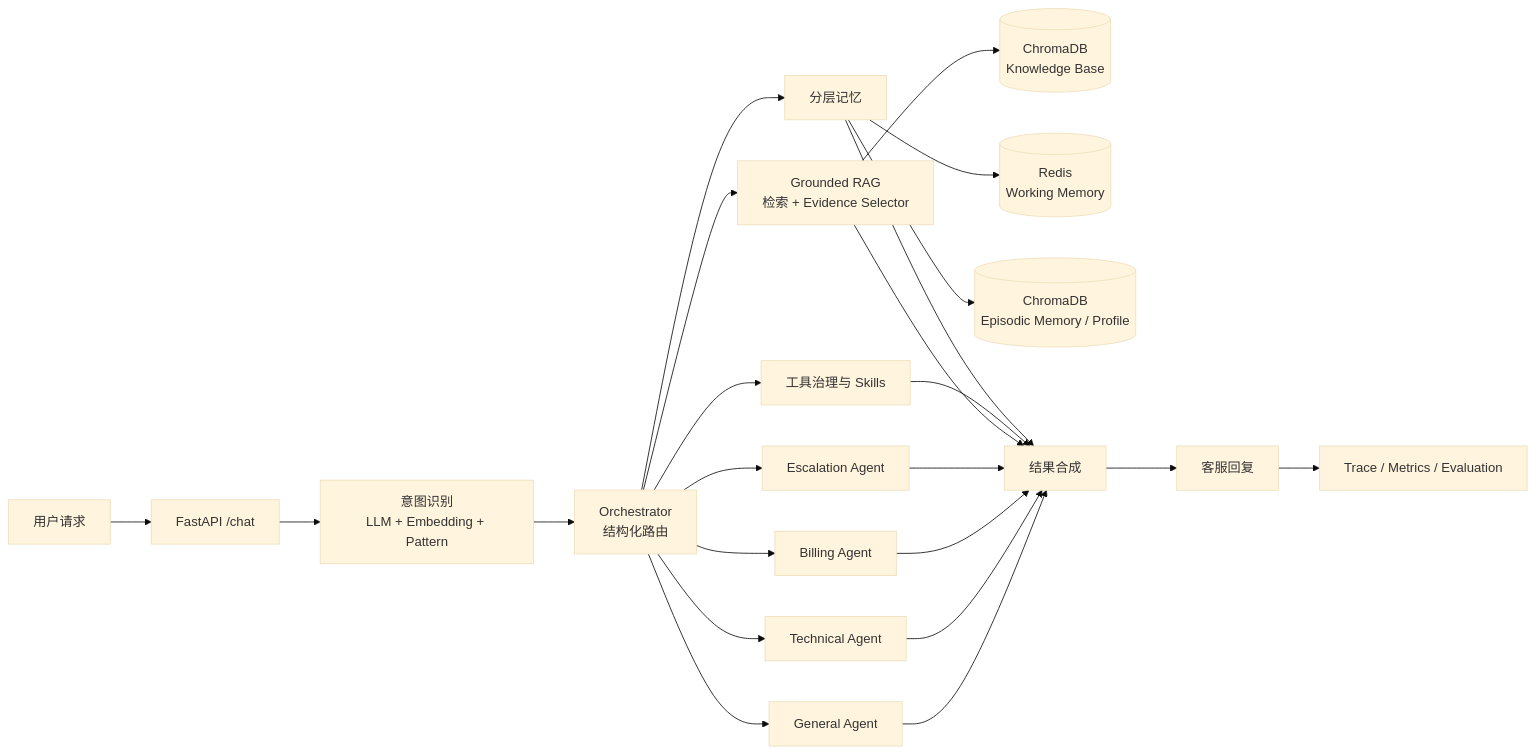
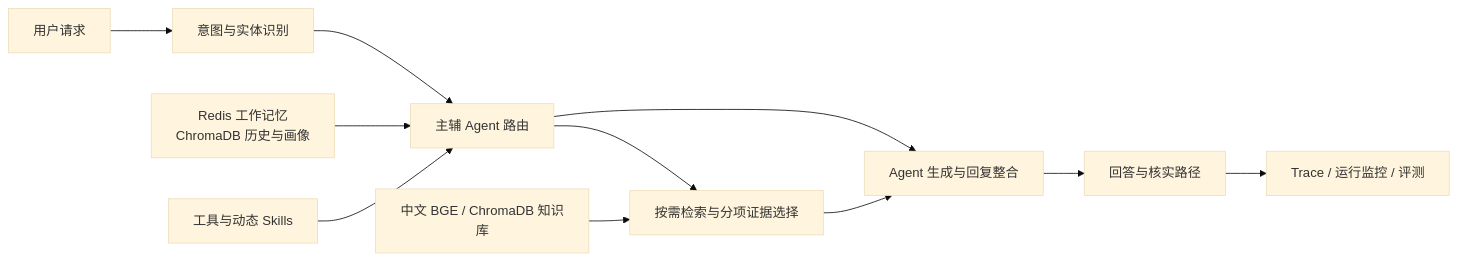
One commit to LMM1234556/EchoMind changed the diagram in README.md. Above: the diagram before and after it, drawn with Mermaid (base theme). The commit also changed other lines of this file and 23 other files, not shown here.

Commit message:
docs: organize product workflow and evaluation evidence

````diff
--- a/README.md
+++ b/README.md
@@ -95,30 +84,13 @@
-```mermaid
+~~~mermaid
 flowchart LR
-    U[用户请求] --> API[FastAPI /chat]
-    API --> INTENT[意图识别<br/>LLM + Embedding + Pattern]
-    INTENT --> ORCH[Orchestrator<br/>结构化路由]
-
-    ORCH --> GENERAL[General Agent]
-    ORCH --> TECH[Technical Agent]
-    ORCH --> BILLING[Billing Agent]
-    ORCH --> ESC[Escalation Agent]
-
-    ORCH --> RAG[Grounded RAG<br/>检索 + Evidence Selector]
-    RAG --> KB[(ChromaDB<br/>Knowledge Base)]
-
-    ORCH --> TOOLS[工具治理与 Skills]
-    ORCH --> MEMORY[分层记忆]
-    MEMORY --> REDIS[(Redis<br/>Working Memory)]
-    MEMORY --> HISTORY[(ChromaDB<br/>Episodic Memory / Profile)]
-
-    GENERAL --> COMPOSE[结果合成]
-    TECH --> COMPOSE
-    BILLING --> COMPOSE
-    ESC --> COMPOSE
-    RAG --> COMPOSE
-    TOOLS --> COMPOSE
-    MEMORY --> COMPOSE
-
-    COMPOSE --> RESPONSE[客服回复]
-    RESPONSE --> OBS[Trace / Metrics / Evaluation]
-```
+    U[用户请求] --> I[意图与实体识别]
+    I --> O[主辅 Agent 路由]
+    O --> E[按需检索与分项证据选择]
+    M[Redis 工作记忆<br/>ChromaDB 历史与画像] --> O
+    S[工具与动态 Skills] --> O
+    K[中文 BGE / ChromaDB 知识库] --> E
+    E --> A[Agent 生成与回复整合]
+    O --> A
+    A --> R[回答与核实路径]
+    R --> T[Trace / 运行监控 / 评测]
+~~~
````
